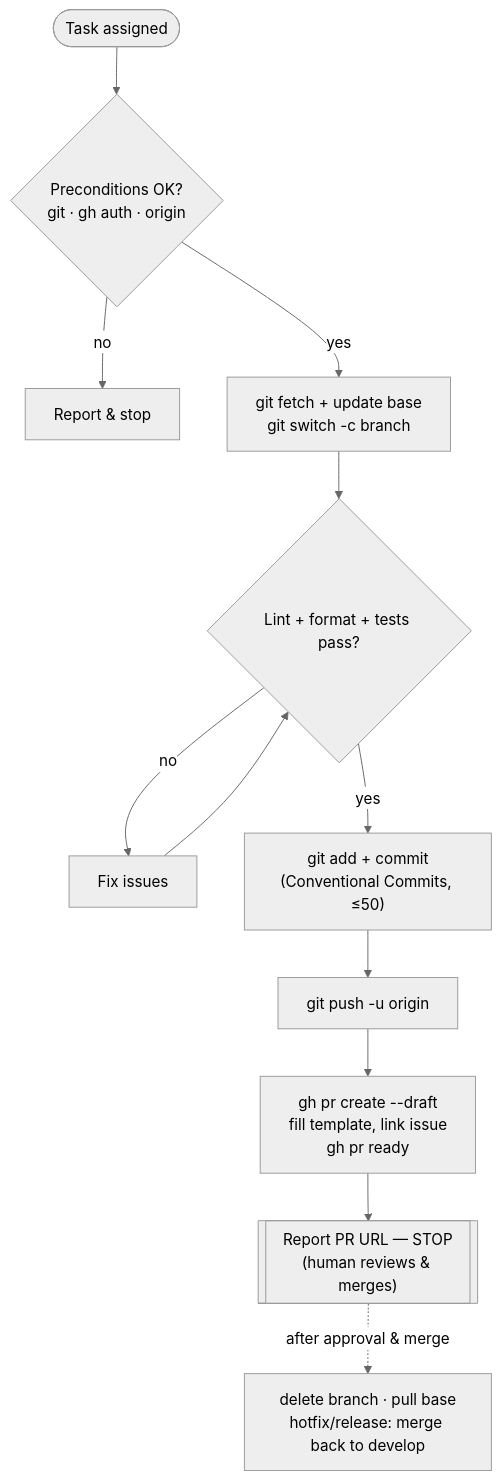
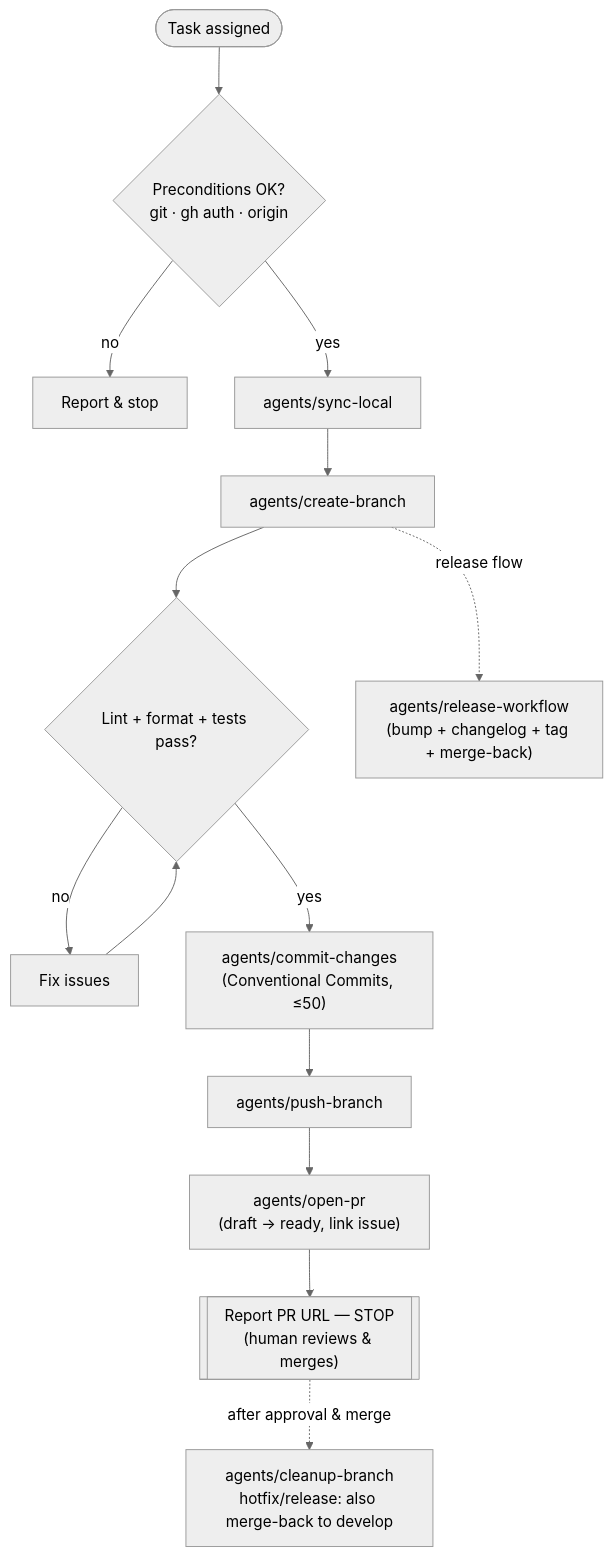
Before and after one commit to santichio/peer: the diagram in skills/gitflow/SKILL.md, drawn with Mermaid (neutral theme). The commit also changed other lines of this file and 11 other files, not shown here.

````diff
--- a/skills/gitflow/SKILL.md
+++ b/skills/gitflow/SKILL.md
@@ -127,13 +89,15 @@
 ```mermaid
 flowchart TD
     start(["Task assigned"]) --> pre{"Preconditions OK?\ngit · gh auth · origin"}
     pre -- no --> stop1["Report & stop"]
-    pre -- yes --> sync["git fetch + update base\ngit switch -c branch"]
-    sync --> gates{"Lint + format + tests pass?"}
+    pre -- yes --> sync["agents/sync-local"]
+    sync --> branch["agents/create-branch"]
+    branch --> gates{"Lint + format + tests pass?"}
     gates -- no --> fix["Fix issues"] --> gates
-    gates -- yes --> commit["git add + commit\n(Conventional Commits, ≤50)"]
-    commit --> push["git push -u origin"]
-    push --> pr["gh pr create --draft\nfill template, link issue\ngh pr ready"]
+    gates -- yes --> commit["agents/commit-changes\n(Conventional Commits, ≤50)"]
+    commit --> push["agents/push-branch"]
+    push --> pr["agents/open-pr\n(draft → ready, link issue)"]
     pr --> review[["Report PR URL — STOP\n(human reviews & merges)"]]
-    review -.after approval & merge.-> cleanup["delete branch · pull base\nhotfix/release: merge back to develop"]
+    review -.after approval & merge.-> cleanup["agents/cleanup-branch\nhotfix/release: also merge-back to develop"]
+    branch -.release flow.-> release["agents/release-workflow\n(bump + changelog + tag + merge-back)"]
 ```
````
